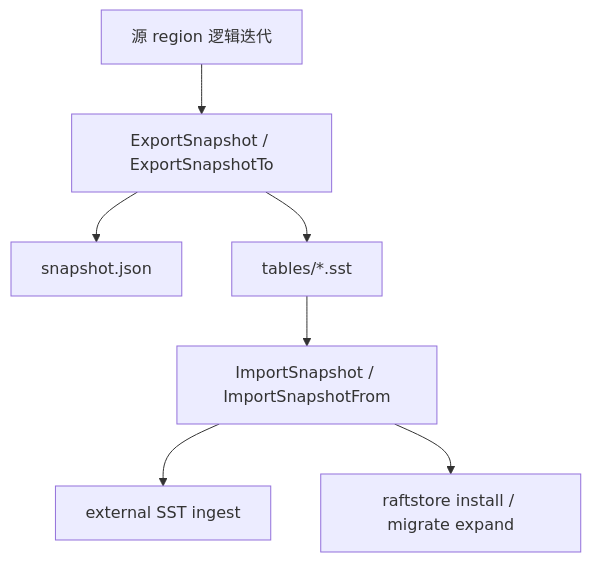
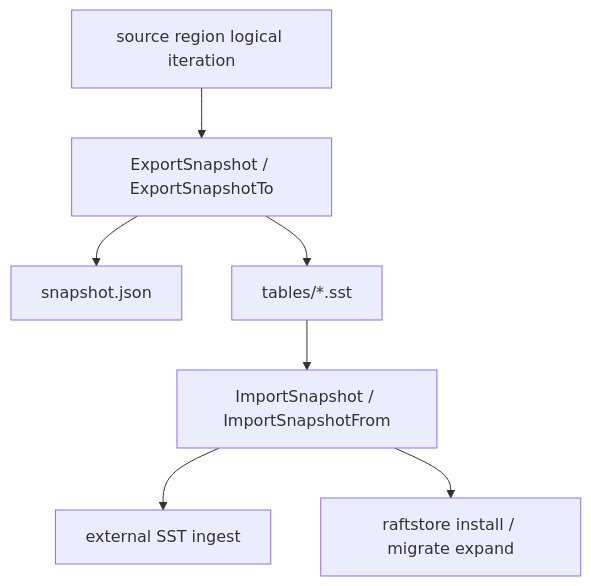
The first of 3 diagrams in docs/notes/2026-03-31-sst-snapshot-install.md (feichai0017/NoKV), drawn with Mermaid before and after one commit. The commit also changed other lines of this file and 23 other files, not shown here.

````diff
--- a/docs/notes/2026-03-31-sst-snapshot-install.md
+++ b/docs/notes/2026-03-31-sst-snapshot-install.md
@@ -48,9 +48,9 @@
 ```mermaid
 flowchart TD
-    SRC["源 region 逻辑迭代"] --> EXP["ExportSnapshot / ExportSnapshotTo"]
+    SRC["source region logical iteration"] --> EXP["ExportSnapshot / ExportSnapshotTo"]
     EXP --> META["snapshot.json"]
     EXP --> SST["tables/*.sst"]
     SST --> IMP["ImportSnapshot / ImportSnapshotFrom"]
     IMP --> LSM["external SST ingest"]
     IMP --> RS["raftstore install / migrate expand"]
 ```
````
